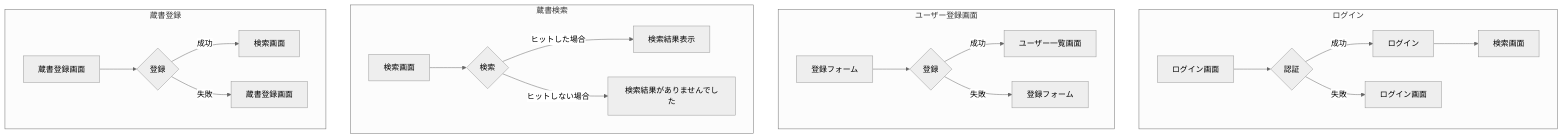
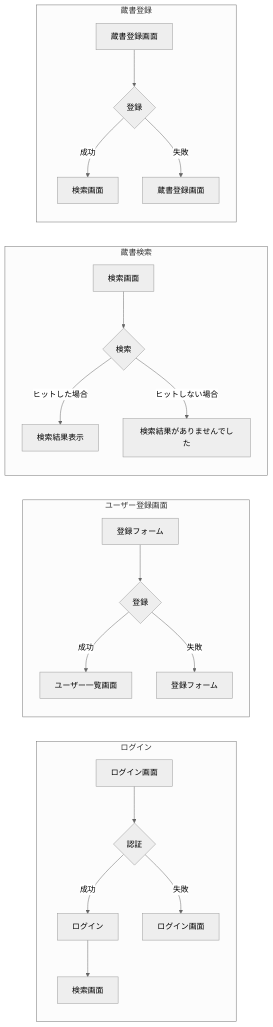
One commit to illionillion/library_system_sample changed the first of 2 diagrams in outline-design.md. Above: the diagram before and after it, drawn with Mermaid (neutral theme).

Commit message:
修正

````diff
--- a/outline-design.md
+++ b/outline-design.md
@@ -53,29 +53,29 @@
 ```mermaid
 
-flowchart TD
+flowchart LR
 
 subgraph ログイン
     a1[ログイン画面]-->a2{認証}
     a2-->|成功|a3[ログイン]-->a5[検索画面]
     a2-->|失敗|a6[ログイン画面]
 end
 
 subgraph ユーザー登録画面
     c1[登録フォーム]-->c2{登録}
     c2-->|成功|c3[ユーザー一覧画面]
     c2-->|失敗|c4[登録フォーム]
 end
 
 subgraph 蔵書検索
 　  b1[検索画面]-->b2{検索}
     b2-->|ヒットした場合|b3[検索結果表示]
     b2-->|ヒットしない場合|b4[検索結果がありませんでした]
 end
 
 subgraph 蔵書登録
     d1[蔵書登録画面]-->d2{登録}
     d2-->|成功|d3[検索画面]
     d2-->|失敗|d4[蔵書登録画面]
 end
 
 ```
````
